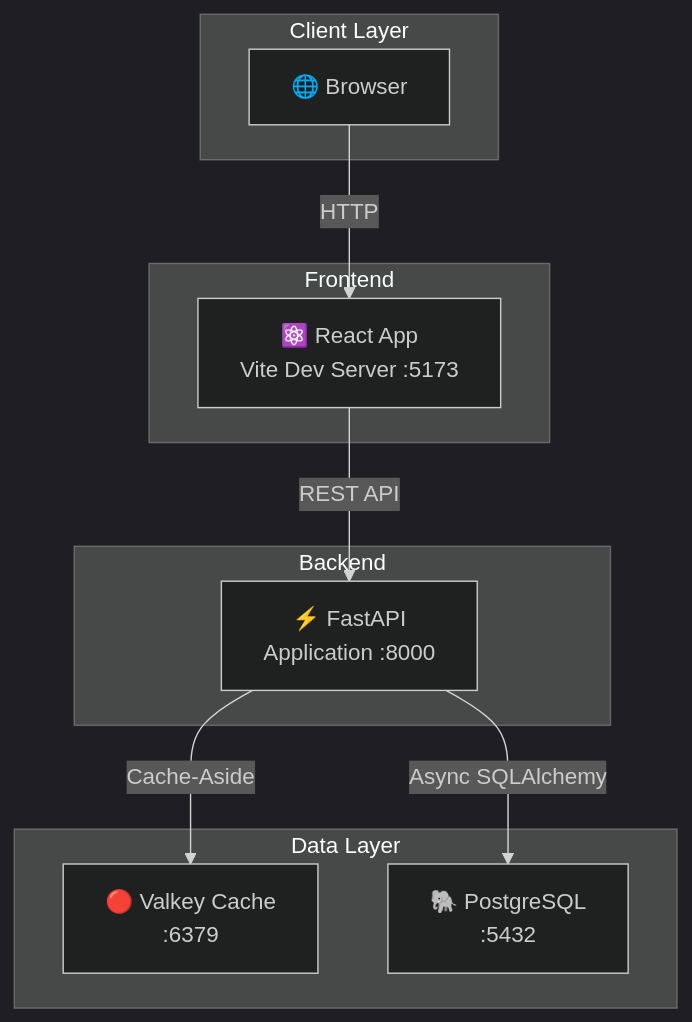
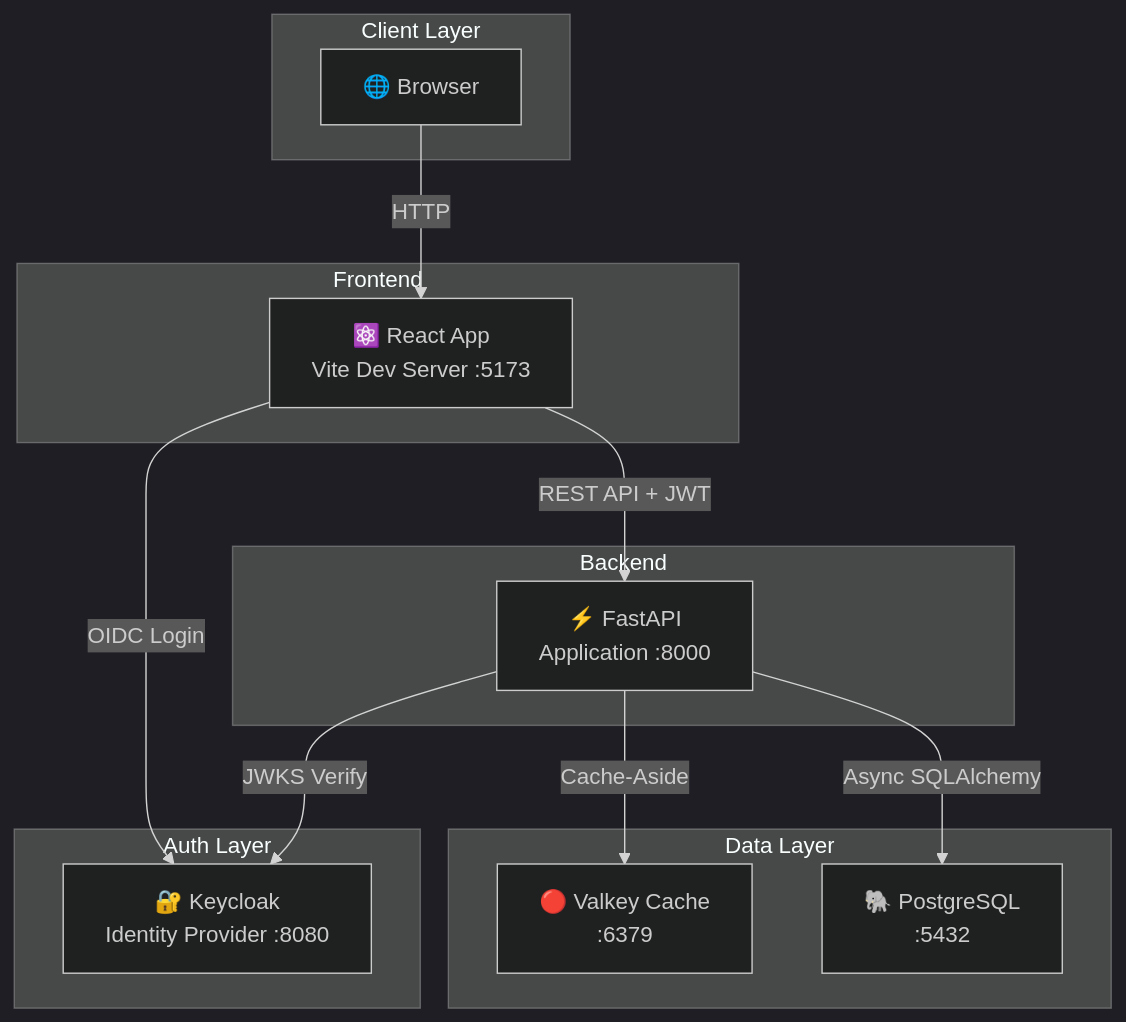
One commit to arjunraghurama/tiny-url changed the first of 5 diagrams in docs/architecture.md. Above: the diagram before and after it, drawn with Mermaid (dark theme). The commit also changed other lines of this file and 22 other files, not shown here.

````diff
--- a/docs/architecture.md
+++ b/docs/architecture.md
@@ -7,24 +7,30 @@
 ```mermaid
 graph TB
     subgraph Client Layer
         A["🌐 Browser"]
     end
 
     subgraph Frontend
         B["⚛️ React App<br/>Vite Dev Server :5173"]
+    end
+
+    subgraph Auth Layer
+        KC["🔐 Keycloak<br/>Identity Provider :8080"]
     end
 
     subgraph Backend
         C["⚡ FastAPI<br/>Application :8000"]
     end
 
     subgraph Data Layer
         D["🔴 Valkey Cache<br/>:6379"]
         E["🐘 PostgreSQL<br/>:5432"]
     end
 
     A -->|"HTTP"| B
-    B -->|"REST API"| C
+    B -->|"OIDC Login"| KC
+    B -->|"REST API + JWT"| C
+    C -->|"JWKS Verify"| KC
     C -->|"Cache-Aside"| D
     C -->|"Async SQLAlchemy"| E
 ```
````
